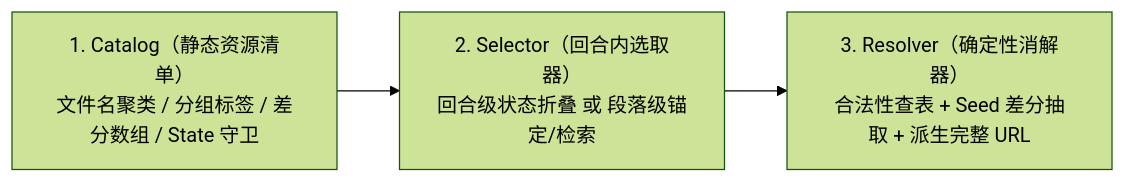
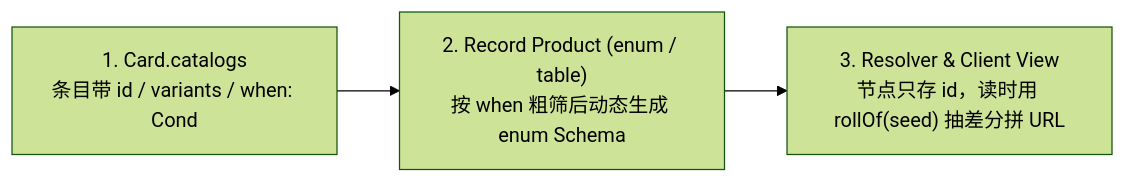
The diagram in design/catalog-plugins.md (waylon256yhw/effect-tavern), drawn with Mermaid (forest theme) before and after one commit. The commit also changed other lines of this file and 1 other file, not shown here.

Commit message:
design: trim lifecycle & catalog proposals to minimal seam extensions

````diff
--- a/design/catalog-plugins.md
+++ b/design/catalog-plugins.md
@@ -42,5 +30,5 @@
 ```mermaid
 flowchart LR
-    A["1. Catalog（静态资源清单）<br/>文件名聚类 / 分组标签 / 差分数组 / State 守卫"] --> B["2. Selector（回合内选取器）<br/>回合级状态折叠 或 段落级锚定/检索"]
-    B --> C["3. Resolver（确定性消解器）<br/>合法性查表 + Seed 差分抽取 + 派生完整 URL"]
+    A["1. Card.catalogs<br/>条目带 id / variants / when: Cond"] --> B["2. Record Product (enum / table)<br/>按 when 粗筛后动态生成 enum Schema"]
+    B --> C["3. Resolver & Client View<br/>节点只存 id，读时用 rollOf(seed) 抽差分拼 URL"]
 ```
````
